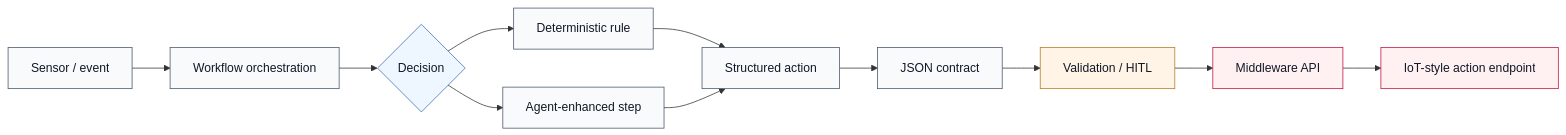
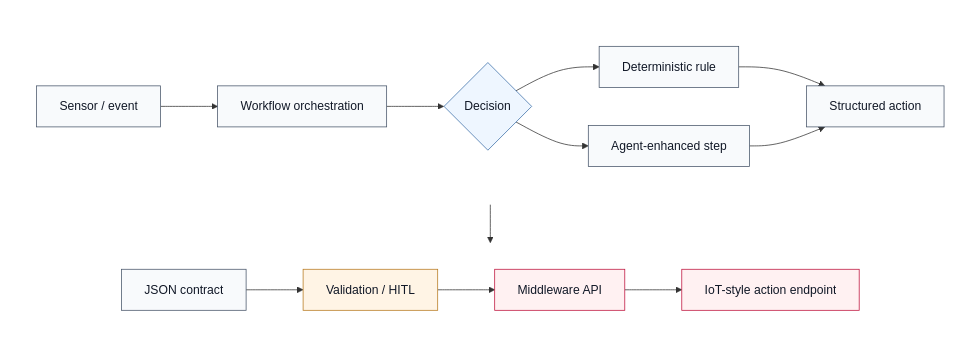
One commit to Rumple12/new-yacoub-thesis changed the diagram in docs/architecture/theory-background-flow.md. Above: the diagram before and after it, drawn with Mermaid. The commit also changed 28 other files, not shown here.

Commit message:
Update thesis document and diagrams

````diff
--- a/docs/architecture/theory-background-flow.md
+++ b/docs/architecture/theory-background-flow.md
@@ -3,23 +3,31 @@
 ```mermaid
-flowchart LR
-  A["Sensor / event"] --> B["Workflow orchestration"]
-  B --> C{"Decision"}
-  C --> D["Deterministic rule"]
-  C --> E["Agent-enhanced step"]
-  D --> F["Structured action"]
-  E --> F
-  F --> G["JSON contract"]
-  G --> H["Validation / HITL"]
-  H --> I["Middleware API"]
-  I --> J["IoT-style action endpoint"]
+flowchart TB
+  subgraph TOP[" "]
+    direction LR
+    A["Sensor / event"] --> B["Workflow orchestration"] --> C{"Decision"}
+    C --> D["Deterministic rule"]
+    C --> E["Agent-enhanced step"]
+    D --> F["Structured action"]
+    E --> F
+  end
+
+  subgraph BOTTOM[" "]
+    direction LR
+    G["JSON contract"] --> H["Validation / HITL"] --> I["Middleware API"] --> J["IoT-style action endpoint"]
+  end
+
+  %% Row-to-row connector represents Structured action continuing to JSON contract.
+  TOP --> BOTTOM
 
   classDef node fill:#f8fafc,stroke:#475569,color:#111827;
   classDef decision fill:#eef6ff,stroke:#3b6ea8,color:#111827;
   classDef boundary fill:#fff4e5,stroke:#b7791f,color:#111827;
   classDef action fill:#fff1f2,stroke:#be123c,color:#111827;
+  style TOP fill:transparent,stroke:transparent;
+  style BOTTOM fill:transparent,stroke:transparent;
 
   class A,B,D,E,F,G node;
   class C decision;
   class H boundary;
   class I,J action;
 ```
````
